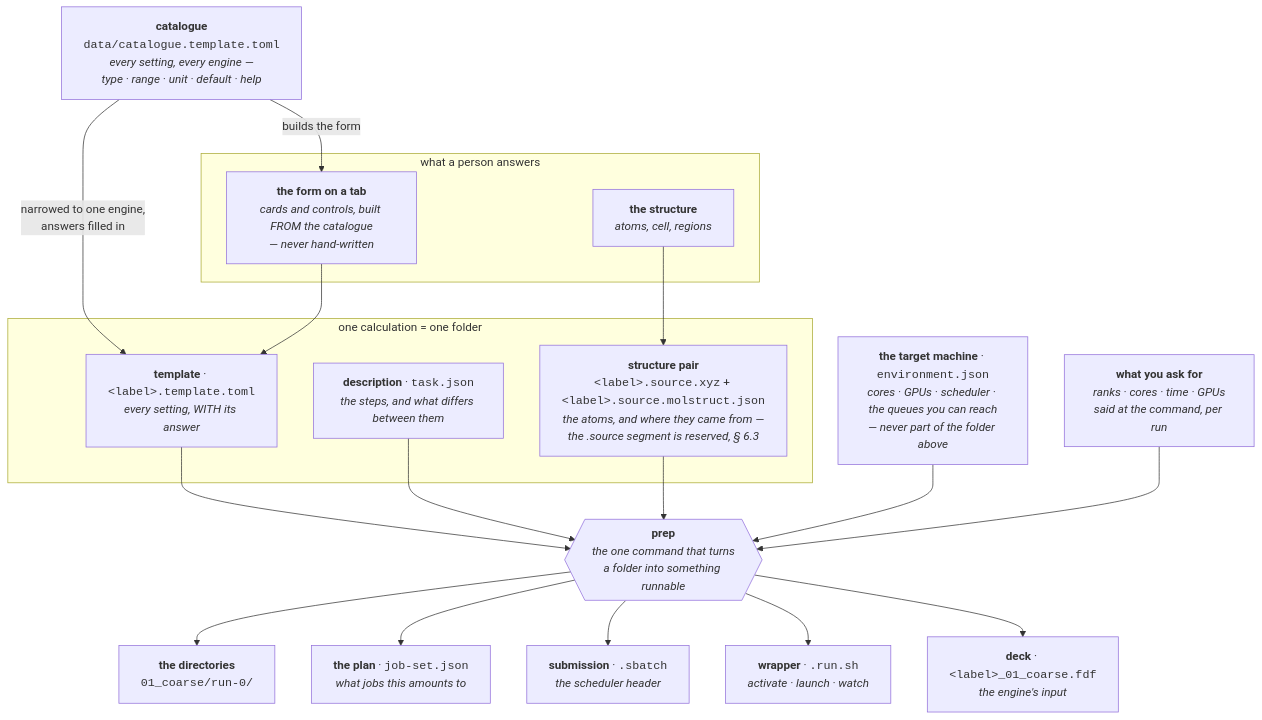
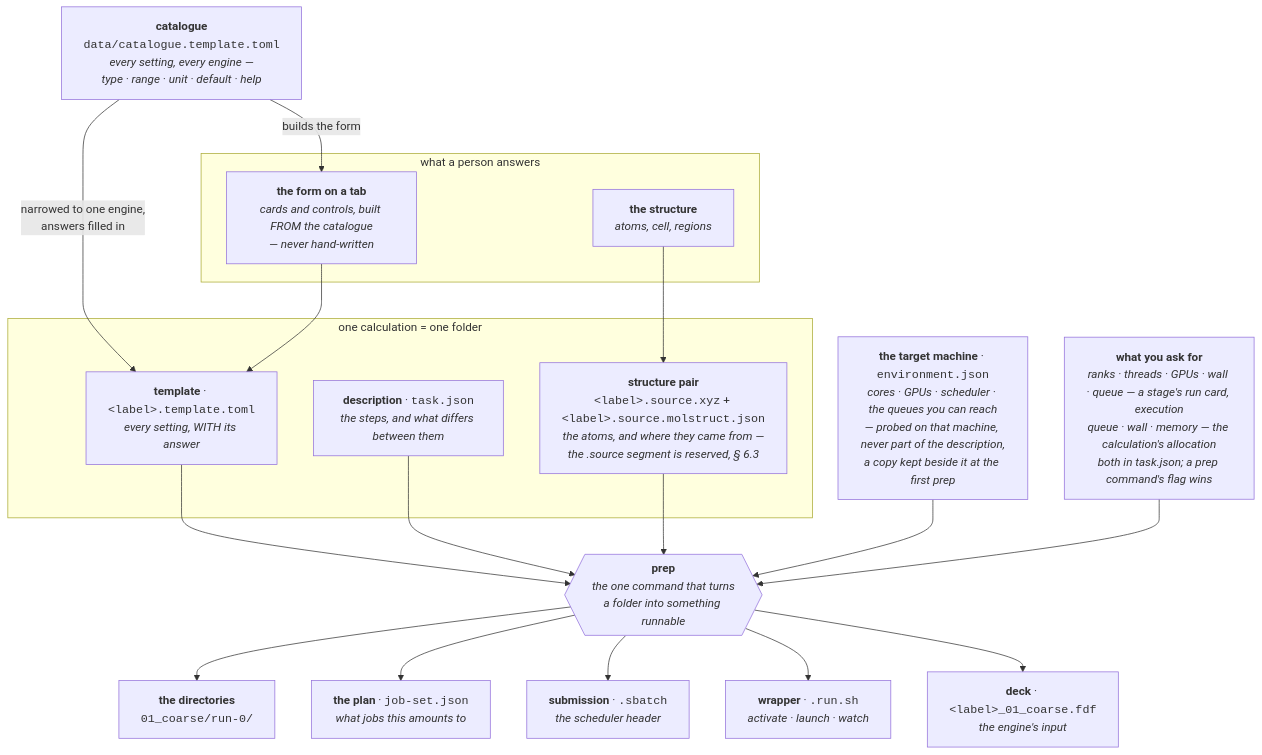
One commit to Qing-LAB/molbuilder changed the first of 4 diagrams in docs/workflow.md. Above: the diagram before and after it, drawn with Mermaid. The commit also changed other lines of this file and 54 other files, not shown here.

````diff
--- a/docs/workflow.md
+++ b/docs/workflow.md
@@ -109,38 +109,38 @@
 ```mermaid
 flowchart TB
     CAT["<b>catalogue</b><br/><code>data/catalogue.template.toml</code><br/><i>every setting, every engine —<br/>type · range · unit · default · help</i>"]
 
     subgraph P["what a person answers"]
       FORM["<b>the form on a tab</b><br/><i>cards and controls, built FROM the catalogue<br/>— never hand-written</i>"]
       STRUCT["<b>the structure</b><br/><i>atoms, cell, regions</i>"]
     end
 
     CAT -->|"builds the form"| FORM
     FORM --> TMPL
     CAT -->|"narrowed to one engine,<br/>answers filled in"| TMPL
 
     subgraph FOLDER["one calculation = one folder"]
       TMPL["<b>template</b> · <code>&lt;label&gt;.template.toml</code><br/><i>every setting, WITH its answer</i>"]
       TASK["<b>description</b> · <code>task.json</code><br/><i>the steps, and what differs between them</i>"]
       XYZ["<b>structure pair</b><br/><code>&lt;label&gt;.source.xyz</code> + <code>&lt;label&gt;.source.molstruct.json</code><br/><i>the atoms, and where they came from —<br/>the .source segment is reserved, § 6.3</i>"]
     end
 
     STRUCT --> XYZ
     TMPL --> PREP
     TASK --> PREP
     XYZ --> PREP
 
-    ENV["<b>the target machine</b> · <code>environment.json</code><br/><i>cores · GPUs · scheduler · the queues you can reach<br/>— never part of the folder above</i>"]
-    ASK["<b>what you ask for</b><br/><i>ranks · cores · time · GPUs</i><br/><i>said at the command, per run</i>"]
+    ENV["<b>the target machine</b> · <code>environment.json</code><br/><i>cores · GPUs · scheduler · the queues you can reach<br/>— probed on that machine, never part of the description,<br/>a copy kept beside it at the first prep</i>"]
+    ASK["<b>what you ask for</b><br/><i>ranks · threads · GPUs · wall · queue — a stage's run card, execution</i><br/><i>queue · wall · memory — the calculation's allocation</i><br/><i>both in task.json; a prep command's flag wins</i>"]
 
     ENV --> PREP
     ASK --> PREP
 
     PREP{{"<b>prep</b><br/><i>the one command that turns<br/>a folder into something runnable</i>"}}
 
     PREP --> DECK["<b>deck</b> · <code>&lt;label&gt;_01_coarse.fdf</code><br/><i>the engine's input</i>"]
     PREP --> WRAP["<b>wrapper</b> · <code>.run.sh</code><br/><i>activate · launch · watch</i>"]
     PREP --> SB["<b>submission</b> · <code>.sbatch</code><br/><i>the scheduler header</i>"]
     PREP --> JS["<b>the plan</b> · <code>job-set.json</code><br/><i>what jobs this amounts to</i>"]
     PREP --> DIRS["<b>the directories</b><br/><code>01_coarse/run-0/</code>"]
 ```
````
